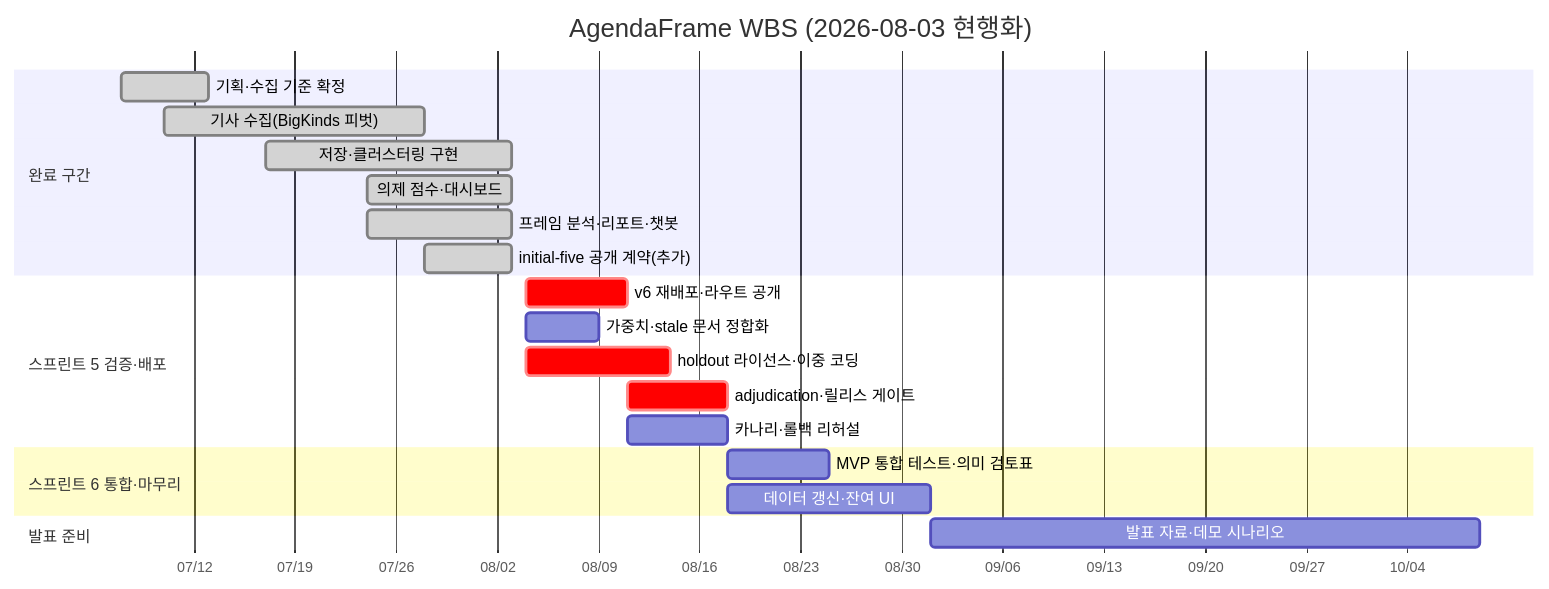
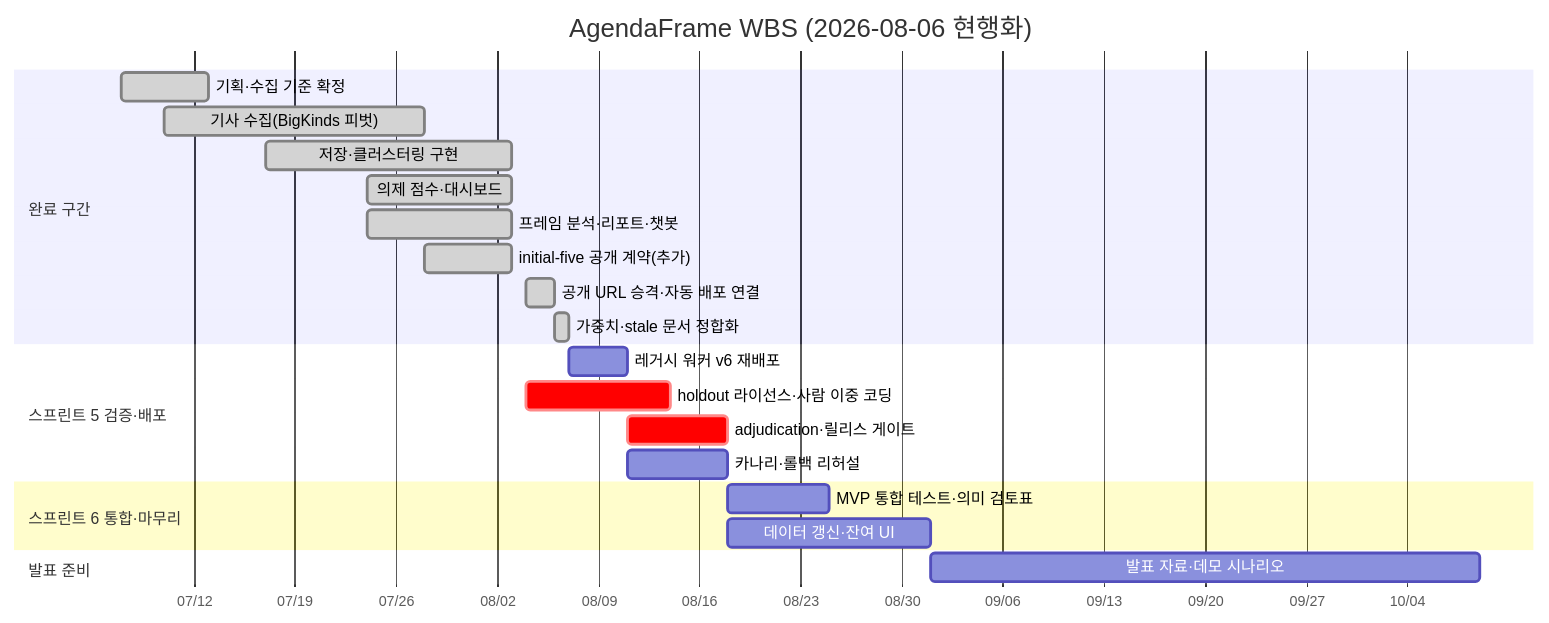
The diagram in docs/planning/wbs-gantt.md (kjh01072299206-png/AgendaFrame), drawn with Mermaid before and after one commit. The commit also changed other lines of this file and 14 other files, not shown here.

````diff
--- a/docs/planning/wbs-gantt.md
+++ b/docs/planning/wbs-gantt.md
@@ -69,28 +74,29 @@
 ```mermaid
 gantt
-    title AgendaFrame WBS (2026-08-03 현행화)
+    title AgendaFrame WBS (2026-08-06 현행화)
     dateFormat YYYY-MM-DD
     axisFormat %m/%d
 
     section 완료 구간
     기획·수집 기준 확정            :done, a1, 2026-07-07, 6d
     기사 수집(BigKinds 피벗)       :done, b1, 2026-07-10, 18d
     저장·클러스터링 구현           :done, c1, 2026-07-17, 17d
     의제 점수·대시보드             :done, d1, 2026-07-24, 10d
     프레임 분석·리포트·챗봇        :done, e1, 2026-07-24, 10d
     initial-five 공개 계약(추가)   :done, e2, 2026-07-28, 6d
+    공개 URL 승격·자동 배포 연결   :done, e3, 2026-08-04, 2d
+    가중치·stale 문서 정합화       :done, e4, 2026-08-06, 1d
 
     section 스프린트 5 검증·배포
-    v6 재배포·라우트 공개          :crit, f1, 2026-08-04, 7d
-    가중치·stale 문서 정합화       :f2, 2026-08-04, 5d
-    holdout 라이선스·이중 코딩     :crit, f3, 2026-08-04, 10d
+    레거시 워커 v6 재배포          :f1, 2026-08-07, 4d
+    holdout 라이선스·사람 이중 코딩 :crit, f3, 2026-08-04, 10d
     adjudication·릴리스 게이트     :crit, f4, 2026-08-11, 7d
     카나리·롤백 리허설             :f5, 2026-08-11, 7d
 
     section 스프린트 6 통합·마무리
     MVP 통합 테스트·의미 검토표    :g1, 2026-08-18, 7d
     데이터 갱신·잔여 UI            :g2, 2026-08-18, 14d
 
     section 발표 준비
     발표 자료·데모 시나리오        :h1, 2026-09-01, 38d
 ```
````
